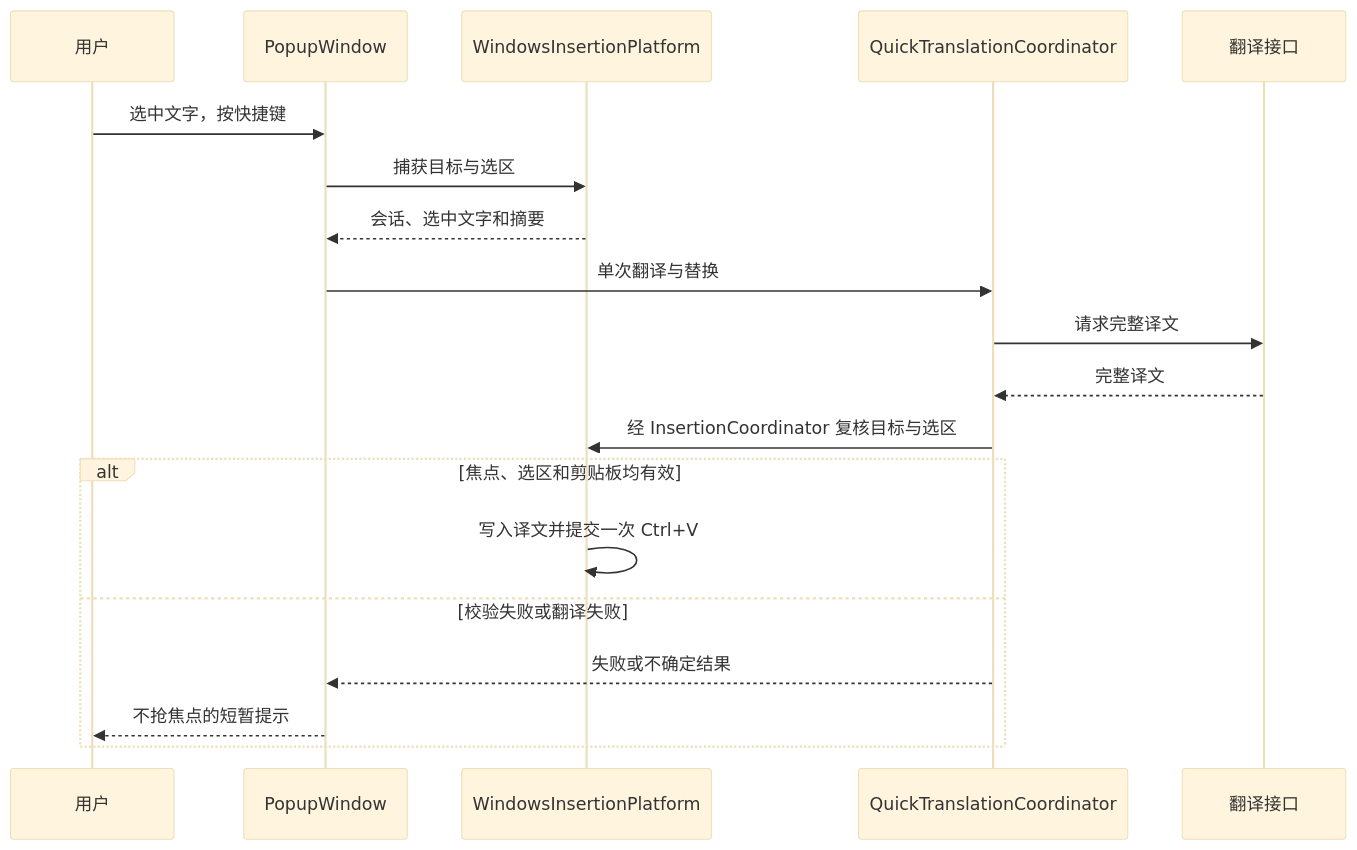
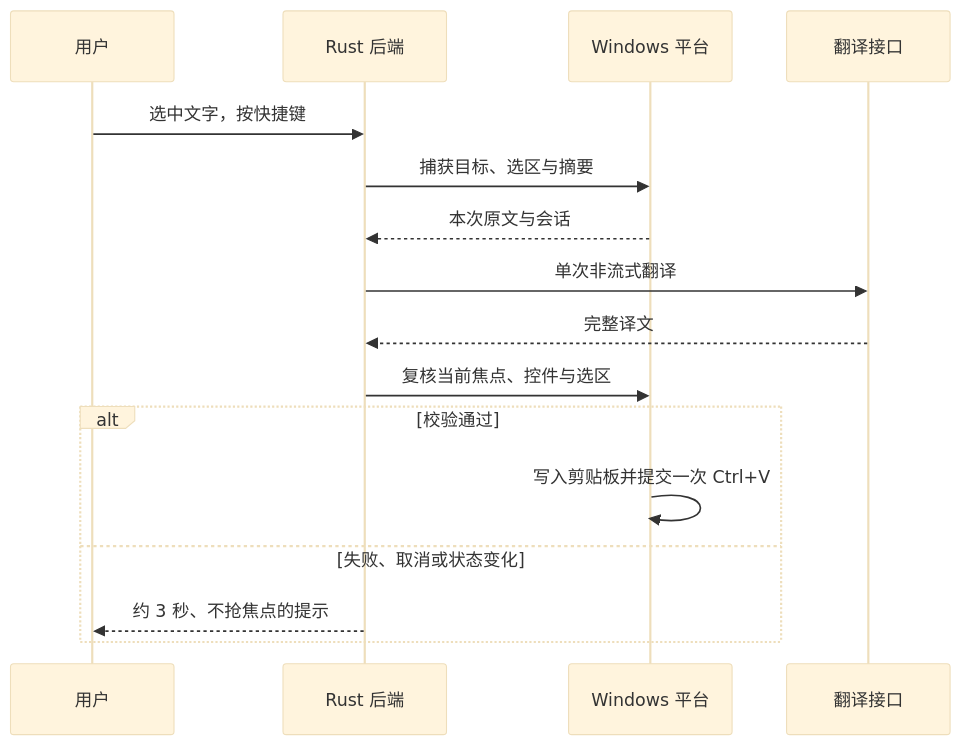
The second of 2 diagrams in docs/technical-design.md (whoarei/suiyi), drawn with Mermaid (base theme) before and after one commit. The commit also changed other lines of this file and 42 other files, not shown here.

````diff
--- a/docs/technical-design.md
+++ b/docs/technical-design.md
@@ -91,21 +80,18 @@
 ```mermaid
 sequenceDiagram
     participant U as 用户
-    participant W as PopupWindow
-    participant P as WindowsInsertionPlatform
-    participant Q as QuickTranslationCoordinator
+    participant R as Rust 后端
+    participant P as Windows 平台
     participant A as 翻译接口
-    U->>W: 选中文字，按快捷键
-    W->>P: 捕获目标与选区
-    P-->>W: 会话、选中文字和摘要
-    W->>Q: 单次翻译与替换
-    Q->>A: 请求完整译文
-    A-->>Q: 完整译文
-    Q->>P: 经 InsertionCoordinator 复核目标与选区
-    alt 焦点、选区和剪贴板均有效
-        P->>P: 写入译文并提交一次 Ctrl+V
-    else 校验失败或翻译失败
-        Q-->>W: 失败或不确定结果
-        W-->>U: 不抢焦点的短暂提示
+    U->>R: 选中文字，按快捷键
+    R->>P: 捕获目标、选区与摘要
+    P-->>R: 本次原文与会话
+    R->>A: 单次非流式翻译
+    A-->>R: 完整译文
+    R->>P: 复核当前焦点、控件与选区
+    alt 校验通过
+        P->>P: 写入剪贴板并提交一次 Ctrl+V
+    else 失败、取消或状态变化
+        R-->>U: 约 3 秒、不抢焦点的提示
     end
 ```
````
